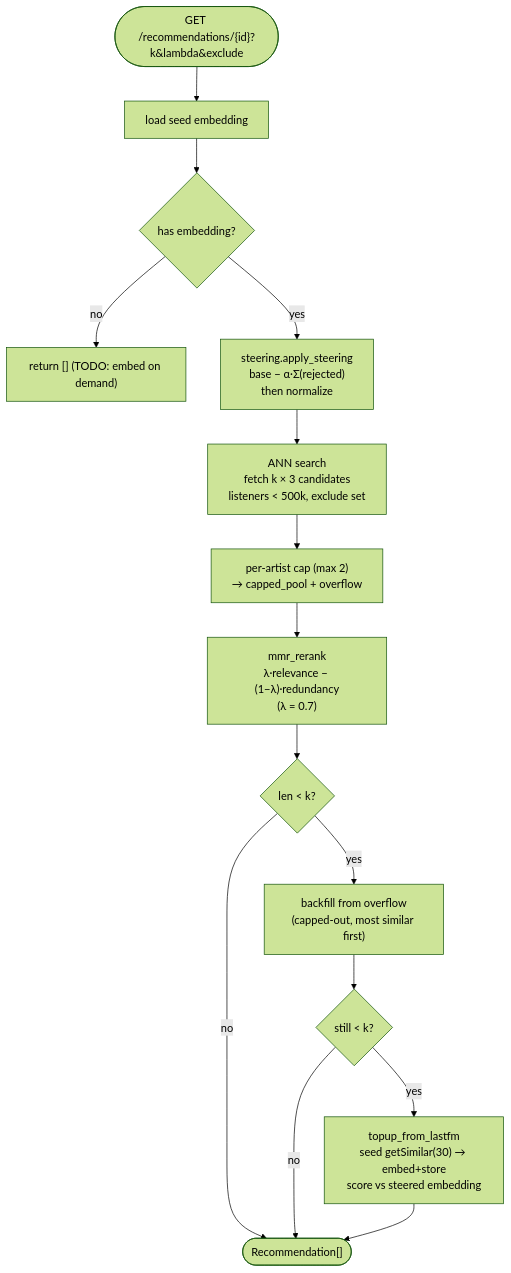
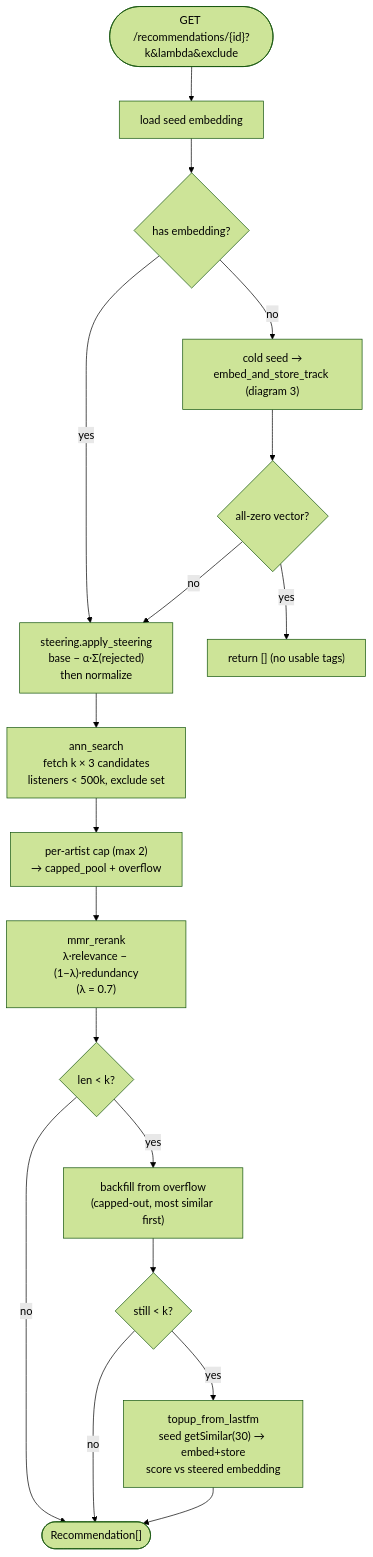
Before and after one commit to pedro-boudoux/discover: the sixth of 10 diagrams in ARCHITECTURE.md, drawn with Mermaid (forest theme). The commit also changed other lines of this file and 7 other files, not shown here.

First line of the commit message:
Consolidate ANN search and embedding pipeline into shared helpers

````diff
--- a/ARCHITECTURE.md
+++ b/ARCHITECTURE.md
@@ -203,19 +218,22 @@
 ```mermaid
 flowchart TD
     req(["GET /recommendations/{id}?k&lambda&exclude"]) --> emb["load seed embedding"]
     emb --> none{"has embedding?"}
-    none -->|no| empty["return [] (TODO: embed on demand)"]
-    none -->|yes| steer["steering.apply_steering<br/>base − α·Σ(rejected)<br/>then normalize"]
+    none -->|no| cold["cold seed →<br/>embed_and_store_track (diagram 3)"]
+    none -->|yes| steer
+    cold --> zero{"all-zero vector?"}
+    zero -->|yes| empty["return [] (no usable tags)"]
+    zero -->|no| steer["steering.apply_steering<br/>base − α·Σ(rejected)<br/>then normalize"]
 
-    steer --> pool["ANN search<br/>fetch k × 3 candidates<br/>listeners < 500k, exclude set"]
+    steer --> pool["ann_search<br/>fetch k × 3 candidates<br/>listeners < 500k, exclude set"]
     pool --> cap["per-artist cap (max 2)<br/>→ capped_pool + overflow"]
     cap --> mmr["mmr_rerank<br/>λ·relevance − (1−λ)·redundancy<br/>(λ = 0.7)"]
 
     mmr --> short1{"len < k?"}
     short1 -->|yes| backfill["backfill from overflow<br/>(capped-out, most similar first)"]
     short1 -->|no| out
     backfill --> short2{"still < k?"}
     short2 -->|yes| topup["topup_from_lastfm<br/>seed getSimilar(30) → embed+store<br/>score vs steered embedding"]
     short2 -->|no| out
     topup --> out(["Recommendation[]"])
 ```
````
